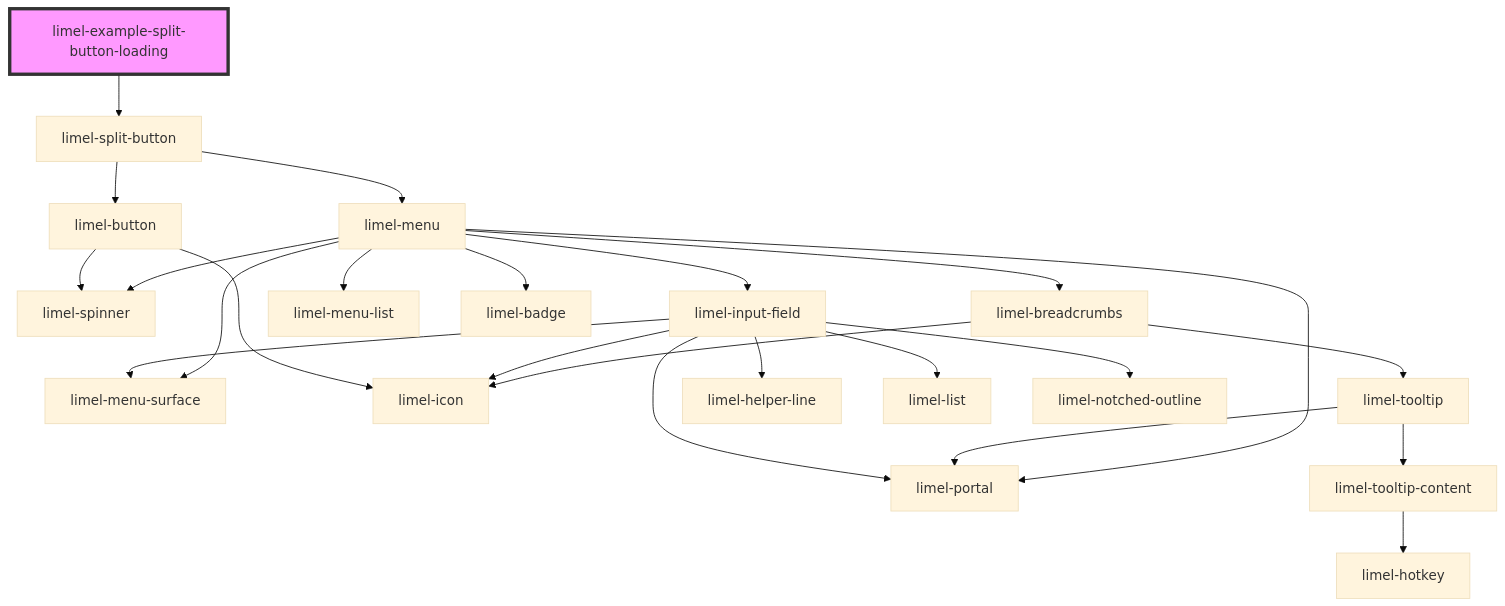
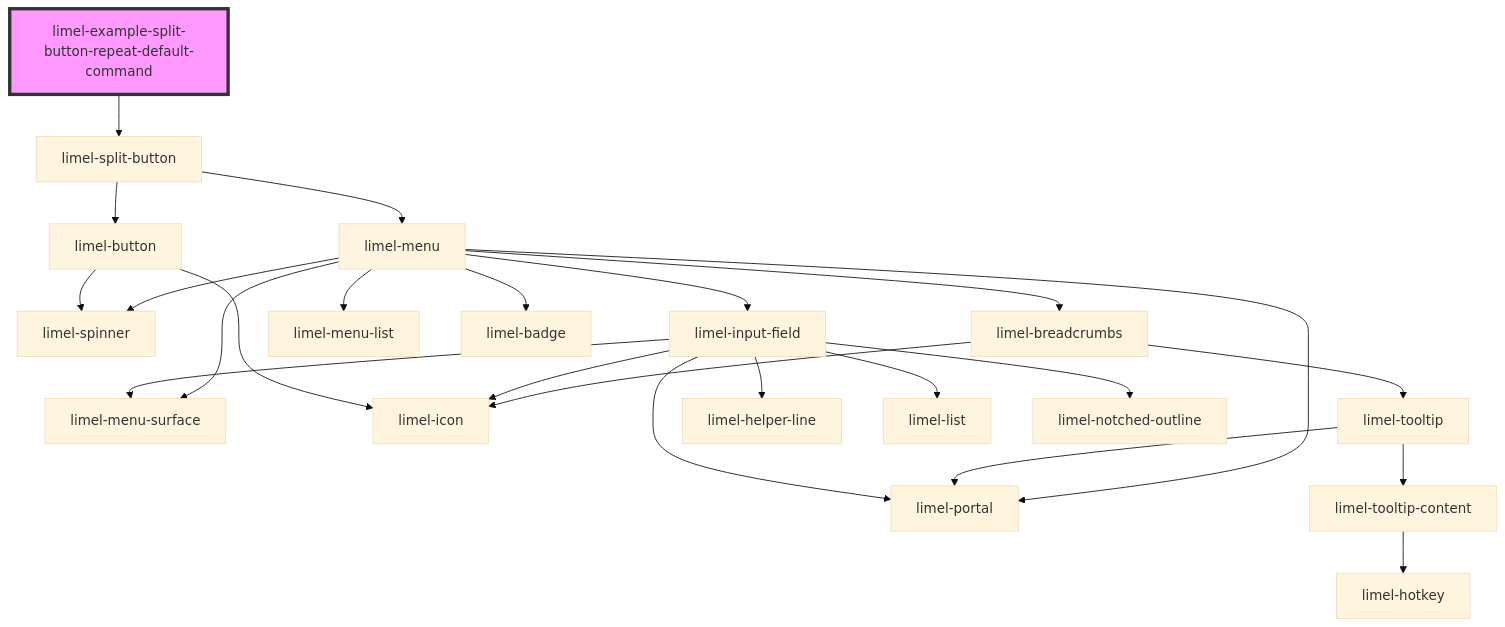
The diagram in versions/PR-4299/markdown-docs/components/split-button/examples/readme.md (Lundalogik/lime-elements), drawn with Mermaid (base theme) before and after one commit. The commit also changed other lines of this file and 2 other files, not shown here.

````diff
--- a/versions/PR-4299/markdown-docs/components/split-button/examples/readme.md
+++ b/versions/PR-4299/markdown-docs/components/split-button/examples/readme.md
@@ -16,27 +28,27 @@
 ```mermaid
 graph TD;
-  limel-example-split-button-loading --> limel-split-button
+  limel-example-split-button-repeat-default-command --> limel-split-button
   limel-split-button --> limel-menu
   limel-split-button --> limel-button
   limel-menu --> limel-spinner
   limel-menu --> limel-breadcrumbs
   limel-menu --> limel-input-field
   limel-menu --> limel-menu-list
   limel-menu --> limel-badge
   limel-menu --> limel-portal
   limel-menu --> limel-menu-surface
   limel-breadcrumbs --> limel-icon
   limel-breadcrumbs --> limel-tooltip
   limel-tooltip --> limel-portal
   limel-tooltip --> limel-tooltip-content
   limel-tooltip-content --> limel-hotkey
   limel-input-field --> limel-helper-line
   limel-input-field --> limel-icon
   limel-input-field --> limel-portal
   limel-input-field --> limel-menu-surface
   limel-input-field --> limel-list
   limel-input-field --> limel-notched-outline
   limel-button --> limel-icon
   limel-button --> limel-spinner
-  style limel-example-split-button-loading fill:#f9f,stroke:#333,stroke-width:4px
+  style limel-example-split-button-repeat-default-command fill:#f9f,stroke:#333,stroke-width:4px
 ```
````
